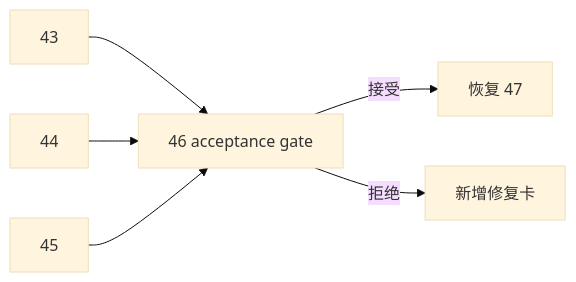
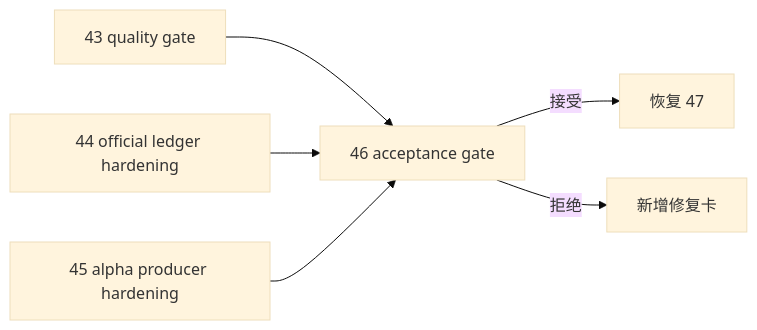
Before and after one commit to everything-is-simple/lifespan-0.01: the diagram in docs/03-execution/46-pre-position-upstream-acceptance-gate-card-20260413.md, drawn with Mermaid (base theme). The commit also changed other lines of this file and 18 other files, not shown here.

````diff
--- a/docs/03-execution/46-pre-position-upstream-acceptance-gate-card-20260413.md
+++ b/docs/03-execution/46-pre-position-upstream-acceptance-gate-card-20260413.md
@@ -77,8 +61,8 @@
 ```mermaid
 flowchart LR
-    C43["43"] --> G["46 acceptance gate"]
-    C44["44"] --> G
-    C45["45"] --> G
+    C43["43 quality gate"] --> G["46 acceptance gate"]
+    C44["44 official ledger hardening"] --> G
+    C45["45 alpha producer hardening"] --> G
     G -->|接受| C47["恢复 47"]
     G -->|拒绝| FIX["新增修复卡"]
 ```
````
